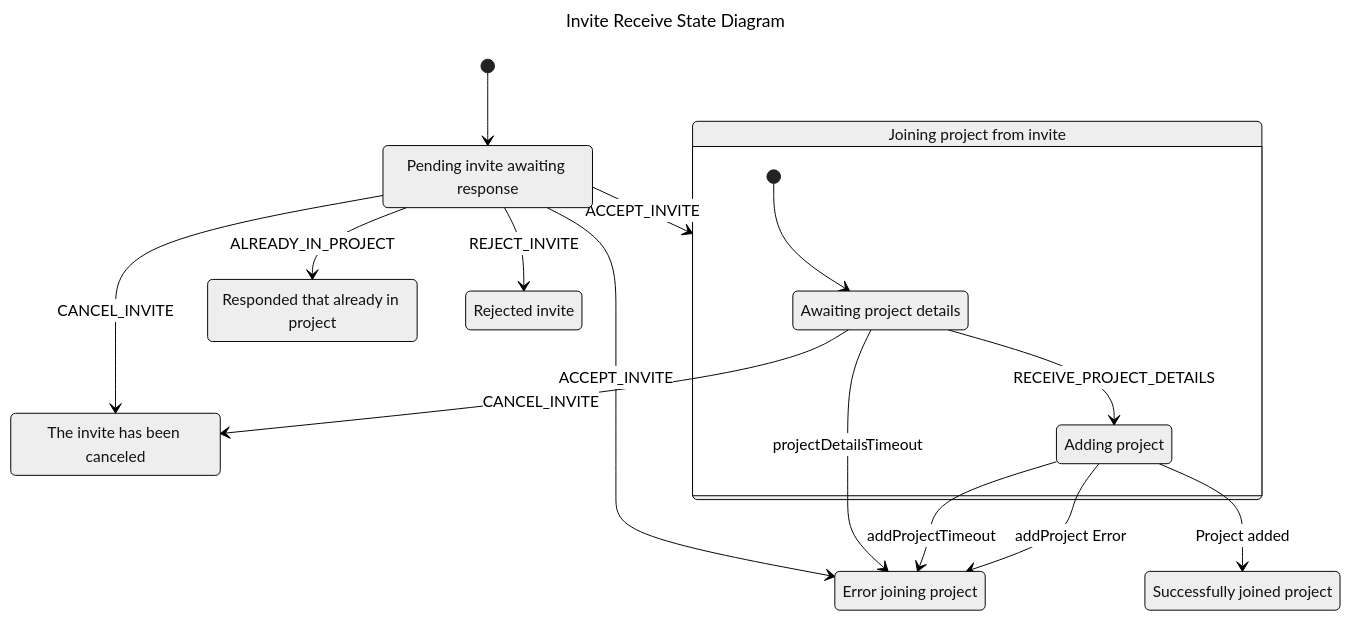
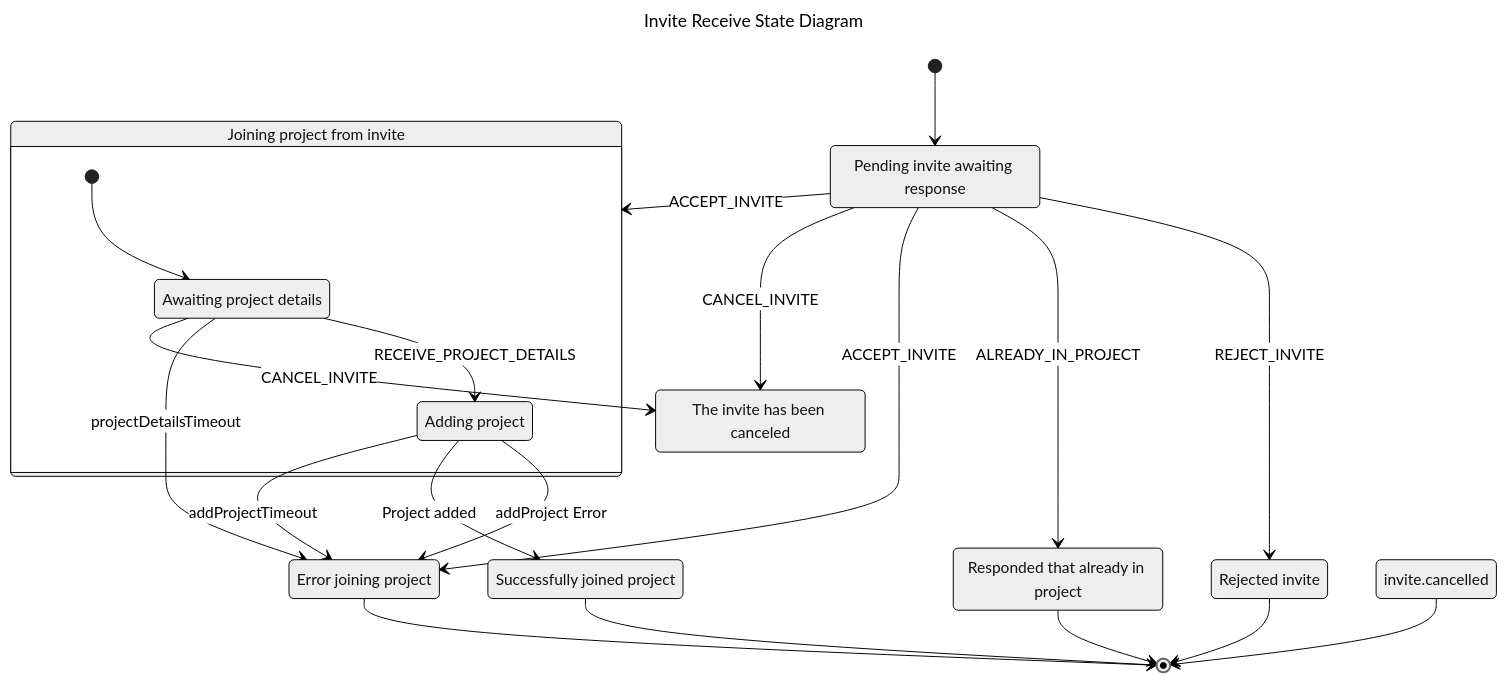
Before and after one commit to digidem/comapeo-core: the diagram in src/invite/StateDiagram.md, drawn with Mermaid (neutral theme).

Commit message:
add end states to state diagram

````diff
--- a/src/invite/StateDiagram.md
+++ b/src/invite/StateDiagram.md
@@ -1,30 +1,35 @@
 ```mermaid
 ---
 title: Invite Receive State Diagram
 ---
 stateDiagram-v2
   [*] --> invite.pending
   invite.pending --> invite.canceled : CANCEL_INVITE
   invite.pending --> invite.joining : ACCEPT_INVITE
   invite.pending --> invite.error : ACCEPT_INVITE
   invite.pending --> invite.respondedAlready : ALREADY_IN_PROJECT
   invite.pending --> invite.rejected : REJECT_INVITE
   invite.joining.awaitingDetails --> invite.canceled : CANCEL_INVITE
   invite.joining.awaitingDetails --> invite.error : projectDetailsTimeout
   invite.joining.addingProject --> invite.error : addProjectTimeout
   invite.joining.addingProject --> invite.joined : Project added
   invite.joining.addingProject --> invite.error : addProject Error
   state "Pending invite awaiting response" as invite.pending
       state "Joining project from invite" as invite.joining {
           [*] --> invite.joining.awaitingDetails
           invite.joining.awaitingDetails --> invite.joining.addingProject : RECEIVE_PROJECT_DETAILS
           state "Awaiting project details" as invite.joining.awaitingDetails
           state "Adding project" as invite.joining.addingProject
       }
   state "The invite has been canceled" as invite.canceled
   state "Rejected invite" as invite.rejected
   state "Responded that already in project" as invite.respondedAlready
   state "Successfully joined project" as invite.joined
   state "Error joining project" as invite.error
+  invite.cancelled --> [*]
+  invite.rejected --> [*]
+  invite.joined --> [*]
+  invite.error --> [*]
+  invite.respondedAlready --> [*]
 
 ```
````
